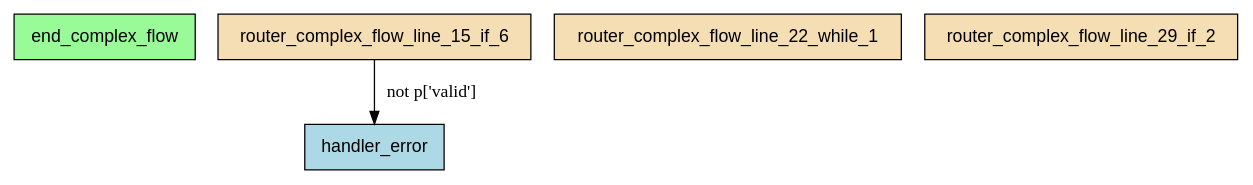
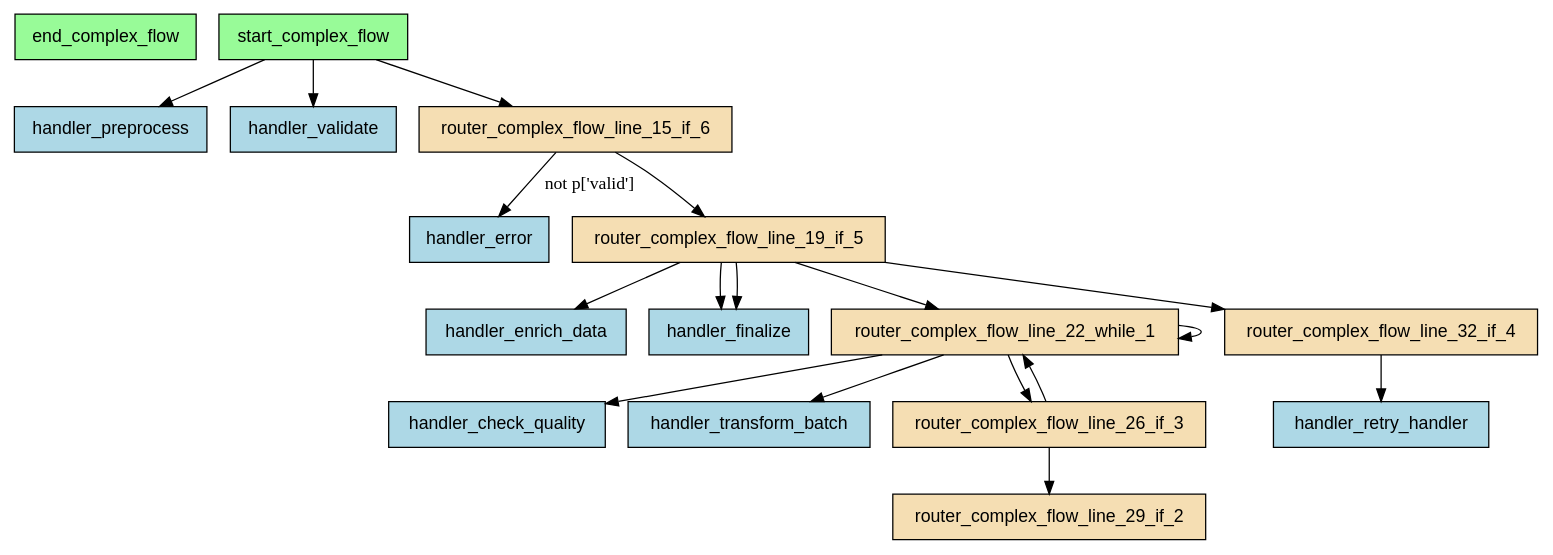
Before and after one commit to deliveryhero/asya: the diagram in examples/flows/compiled/complex_with_while/flow.dot, drawn with Graphviz. The commit also changed 232 other files, not shown here.

```diff
--- a/examples/flows/compiled/complex_with_while/flow.dot
+++ b/examples/flows/compiled/complex_with_while/flow.dot
@@ -1,12 +1,39 @@
 digraph "complex_flow" {
     rankdir=TB;
     node [shape=box, style=filled, fontname="Helvetica"];
 
     end_complex_flow [label="end_complex_flow", fillcolor=palegreen];
+    handler_check_quality [label="handler_check_quality", fillcolor=lightblue];
+    handler_enrich_data [label="handler_enrich_data", fillcolor=lightblue];
     handler_error [label="handler_error", fillcolor=lightblue];
+    handler_finalize [label="handler_finalize", fillcolor=lightblue];
+    handler_preprocess [label="handler_preprocess", fillcolor=lightblue];
+    handler_retry_handler [label="handler_retry_handler", fillcolor=lightblue];
+    handler_transform_batch [label="handler_transform_batch", fillcolor=lightblue];
+    handler_validate [label="handler_validate", fillcolor=lightblue];
     router_complex_flow_line_15_if_6 [label="router_complex_flow_line_15_if_6", fillcolor=wheat];
+    router_complex_flow_line_19_if_5 [label="router_complex_flow_line_19_if_5", fillcolor=wheat];
     router_complex_flow_line_22_while_1 [label="router_complex_flow_line_22_while_1", fillcolor=wheat];
+    router_complex_flow_line_26_if_3 [label="router_complex_flow_line_26_if_3", fillcolor=wheat];
     router_complex_flow_line_29_if_2 [label="router_complex_flow_line_29_if_2", fillcolor=wheat];
+    router_complex_flow_line_32_if_4 [label="router_complex_flow_line_32_if_4", fillcolor=wheat];
+    start_complex_flow [label="start_complex_flow", fillcolor=palegreen];
 
+    start_complex_flow -> handler_preprocess;
+    start_complex_flow -> handler_validate;
+    start_complex_flow -> router_complex_flow_line_15_if_6;
+    router_complex_flow_line_26_if_3 -> router_complex_flow_line_22_while_1;
+    router_complex_flow_line_26_if_3 -> router_complex_flow_line_29_if_2;
+    router_complex_flow_line_22_while_1 -> handler_transform_batch;
+    router_complex_flow_line_22_while_1 -> handler_check_quality;
+    router_complex_flow_line_22_while_1 -> router_complex_flow_line_26_if_3;
+    router_complex_flow_line_22_while_1 -> router_complex_flow_line_22_while_1;
+    router_complex_flow_line_32_if_4 -> handler_retry_handler;
+    router_complex_flow_line_19_if_5 -> handler_enrich_data;
+    router_complex_flow_line_19_if_5 -> router_complex_flow_line_22_while_1;
+    router_complex_flow_line_19_if_5 -> handler_finalize;
+    router_complex_flow_line_19_if_5 -> router_complex_flow_line_32_if_4;
+    router_complex_flow_line_19_if_5 -> handler_finalize;
+    router_complex_flow_line_15_if_6 -> router_complex_flow_line_19_if_5;
     router_complex_flow_line_15_if_6 -> handler_error [label="not p['valid']"];
 }
```
